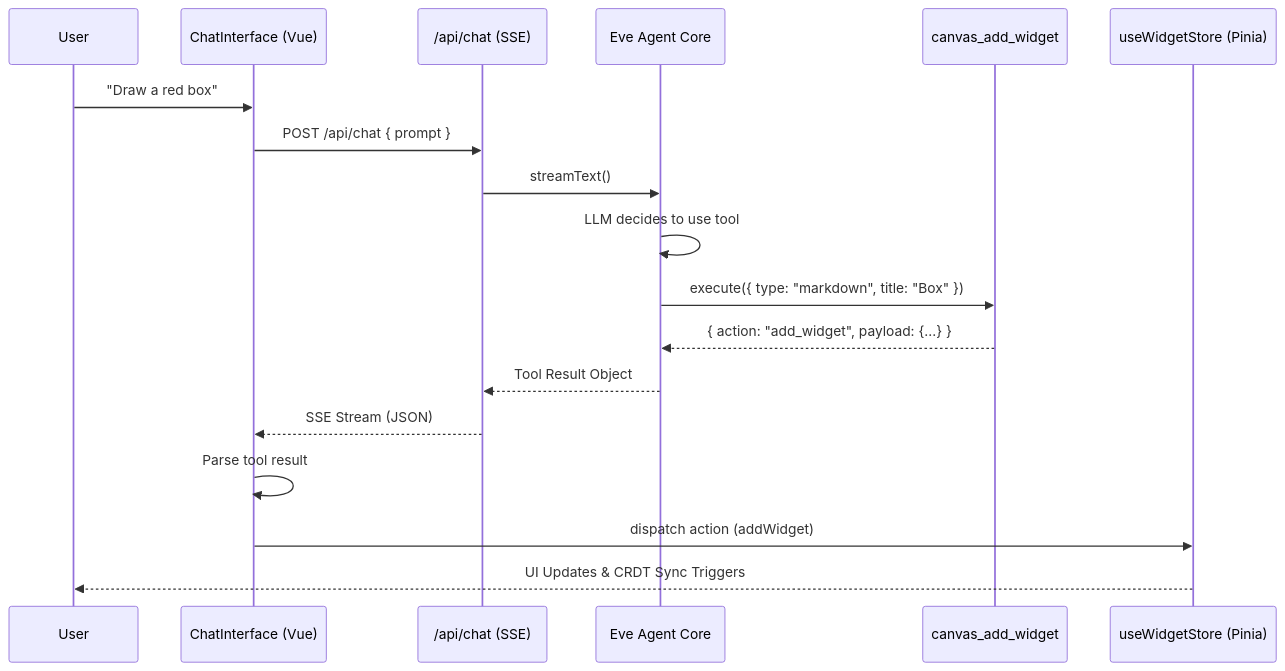
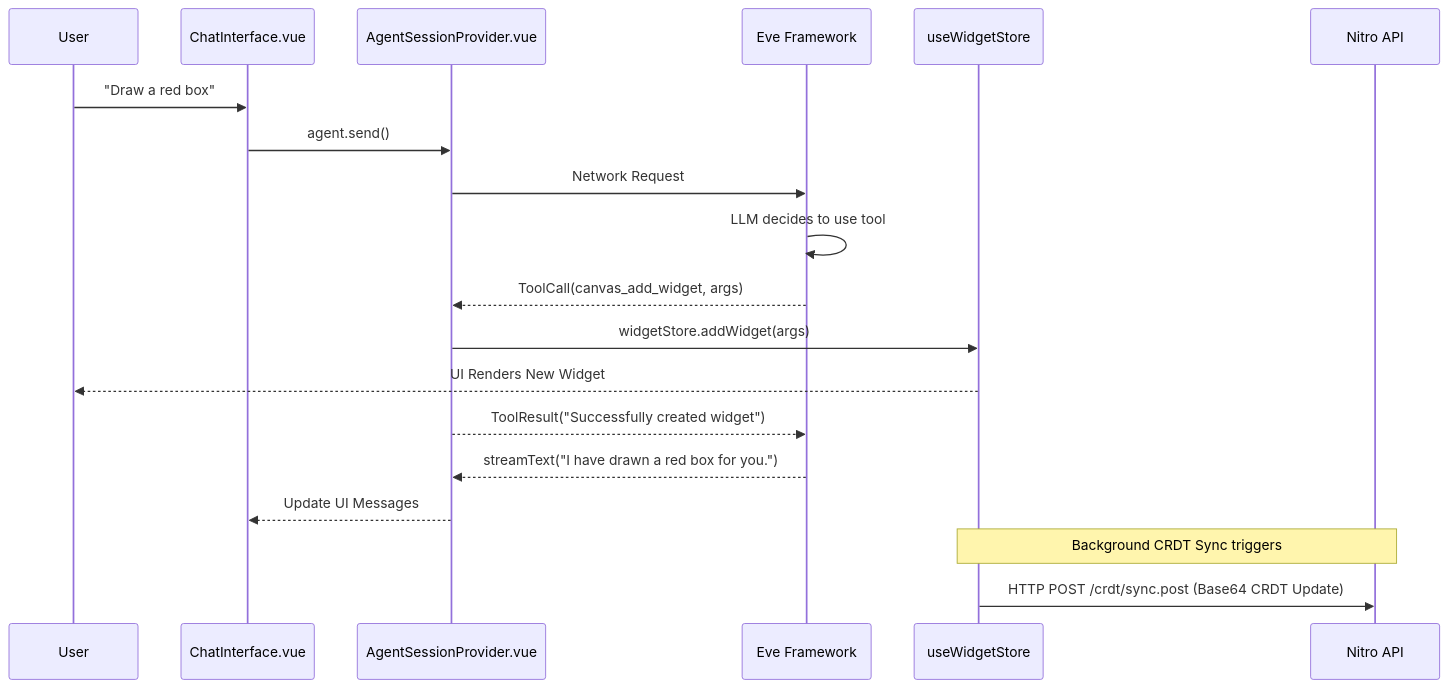
One commit to NormVg/bubbles.space changed the fifth of 6 diagrams in ARCHITECTURE.md. Above: the diagram before and after it, drawn with Mermaid. The commit also changed other lines of this file, not shown here.

Commit message:
docs: strictly adhere to updated living-architecture skill with precise data flows and execution traces

````diff
--- a/ARCHITECTURE.md
+++ b/ARCHITECTURE.md
@@ -186,21 +134,25 @@
 ```mermaid
 sequenceDiagram
     participant User
-    participant Chat as ChatInterface (Vue)
-    participant API as /api/chat (SSE)
-    participant Eve as Eve Agent Core
-    participant Tool as canvas_add_widget
-    participant Store as useWidgetStore (Pinia)
+    participant Chat as ChatInterface.vue
+    participant AgentProv as AgentSessionProvider.vue
+    participant Eve as Eve Framework
+    participant Store as useWidgetStore
+    participant API as Nitro API
     
     User->>Chat: "Draw a red box"
-    Chat->>API: POST /api/chat { prompt }
-    API->>Eve: streamText()
+    Chat->>AgentProv: agent.send()
+    AgentProv->>Eve: Network Request
     Eve->>Eve: LLM decides to use tool
-    Eve->>Tool: execute({ type: "markdown", title: "Box" })
-    Tool-->>Eve: { action: "add_widget", payload: {...} }
-    Eve-->>API: Tool Result Object
-    API-->>Chat: SSE Stream (JSON)
-    Chat->>Chat: Parse tool result
-    Chat->>Store: dispatch action (addWidget)
-    Store-->>User: UI Updates & CRDT Sync Triggers
+    Eve-->>AgentProv: ToolCall(canvas_add_widget, args)
+    
+    AgentProv->>Store: widgetStore.addWidget(args)
+    Store-->>User: UI Renders New Widget
+    
+    AgentProv-->>Eve: ToolResult("Successfully created widget")
+    Eve-->>AgentProv: streamText("I have drawn a red box for you.")
+    AgentProv-->>Chat: Update UI Messages
+    
+    Note over Store, API: Background CRDT Sync triggers
+    Store->>API: HTTP POST /crdt/sync.post (Base64 CRDT Update)
 ```
````
